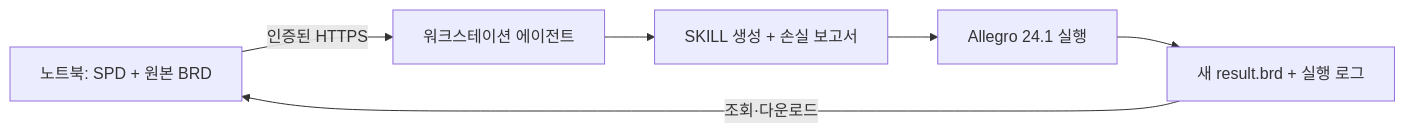
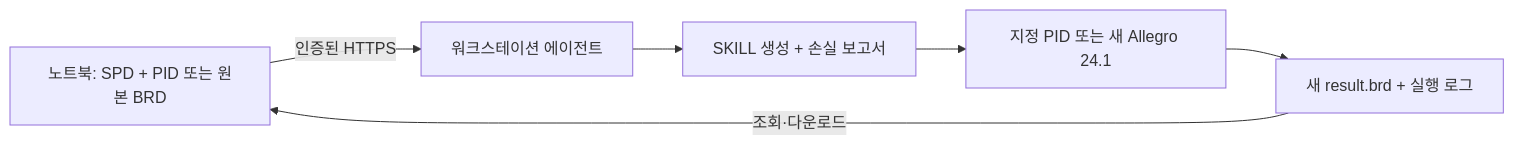
Before and after one commit to yunhyok/BRD-SPD-IPC2581: the diagram in README.md, drawn with Mermaid. The commit also changed other lines of this file and 16 other files, not shown here.

Commit message:
Add manual Allegro PID targeting with session recovery and remote observation

````diff
--- a/README.md
+++ b/README.md
@@ -23,8 +25,8 @@
 ```mermaid
 flowchart LR
-    L[노트북: SPD + 원본 BRD] -->|인증된 HTTPS| W[워크스테이션 에이전트]
+    L[노트북: SPD + PID 또는 원본 BRD] -->|인증된 HTTPS| W[워크스테이션 에이전트]
     W --> S[SKILL 생성 + 손실 보고서]
-    S --> A[Allegro 24.1 실행]
+    S --> A[지정 PID 또는 새 Allegro 24.1]
     A --> R[새 result.brd + 실행 로그]
     R -->|조회·다운로드| L
 ```
````
